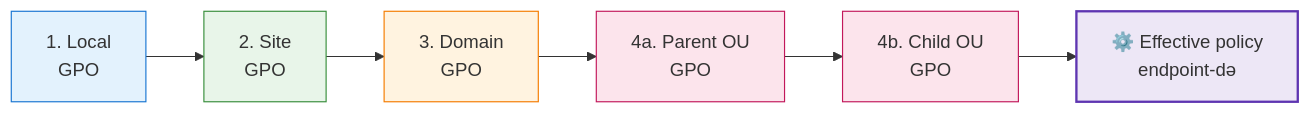
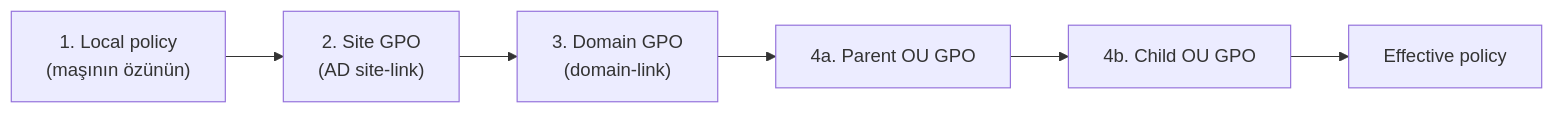
One commit to farzaliyevemil/infoseclessons changed the first of 2 diagrams in i18n/az/docusaurus-plugin-content-docs/current/servers/group-policy.md. Above: the diagram before and after it, drawn with Mermaid. The commit also changed other lines of this file and 1 other file, not shown here.

First line of the commit message:
Rewrite Group Policy lesson with full lab scenario

````diff
--- a/i18n/az/docusaurus-plugin-content-docs/current/servers/group-policy.md
+++ b/i18n/az/docusaurus-plugin-content-docs/current/servers/group-policy.md
@@ -44,14 +64,8 @@
 ```mermaid
 flowchart LR
-    L["1. Local<br/>GPO"] --> S["2. Site<br/>GPO"]
-    S --> D["3. Domain<br/>GPO"]
-    D --> O1["4a. Parent OU<br/>GPO"]
-    O1 --> O2["4b. Child OU<br/>GPO"]
-    O2 --> R["⚙️ Effective policy<br/>endpoint-də"]
-    style L fill:#e3f2fd,stroke:#1976d2
-    style S fill:#e8f5e9,stroke:#388e3c
-    style D fill:#fff3e0,stroke:#f57c00
-    style O1 fill:#fce4ec,stroke:#c2185b
-    style O2 fill:#fce4ec,stroke:#c2185b
-    style R fill:#ede7f6,stroke:#5e35b1,stroke-width:2px
+    L["1. Local policy<br/>(maşının özünün)"] --> S["2. Site GPO<br/>(AD site-link)"]
+    S --> D["3. Domain GPO<br/>(domain-link)"]
+    D --> O1["4a. Parent OU GPO"]
+    O1 --> O2["4b. Child OU GPO"]
+    O2 --> R["Effective policy"]
 ```
````
